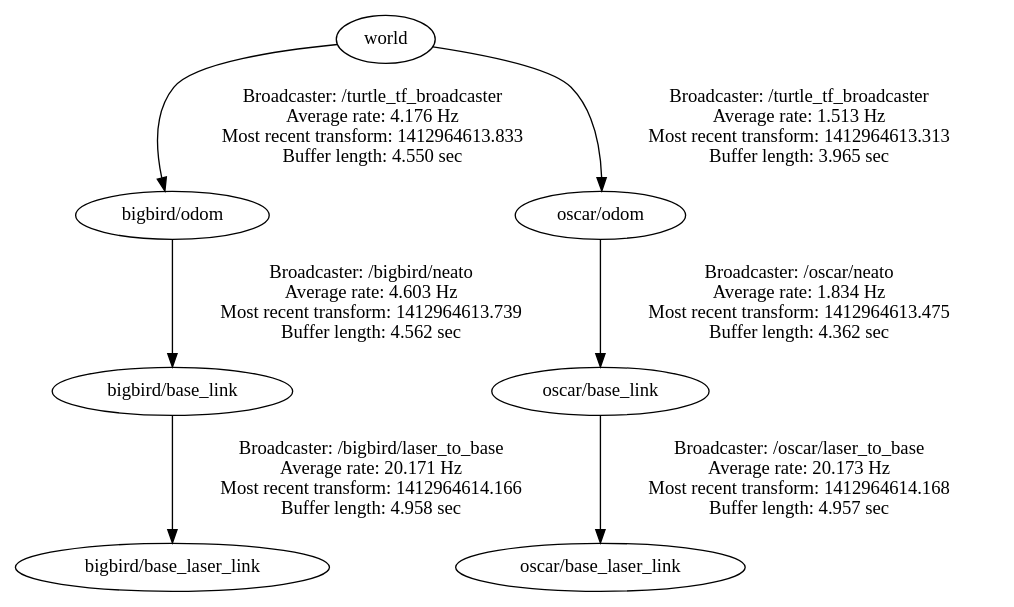
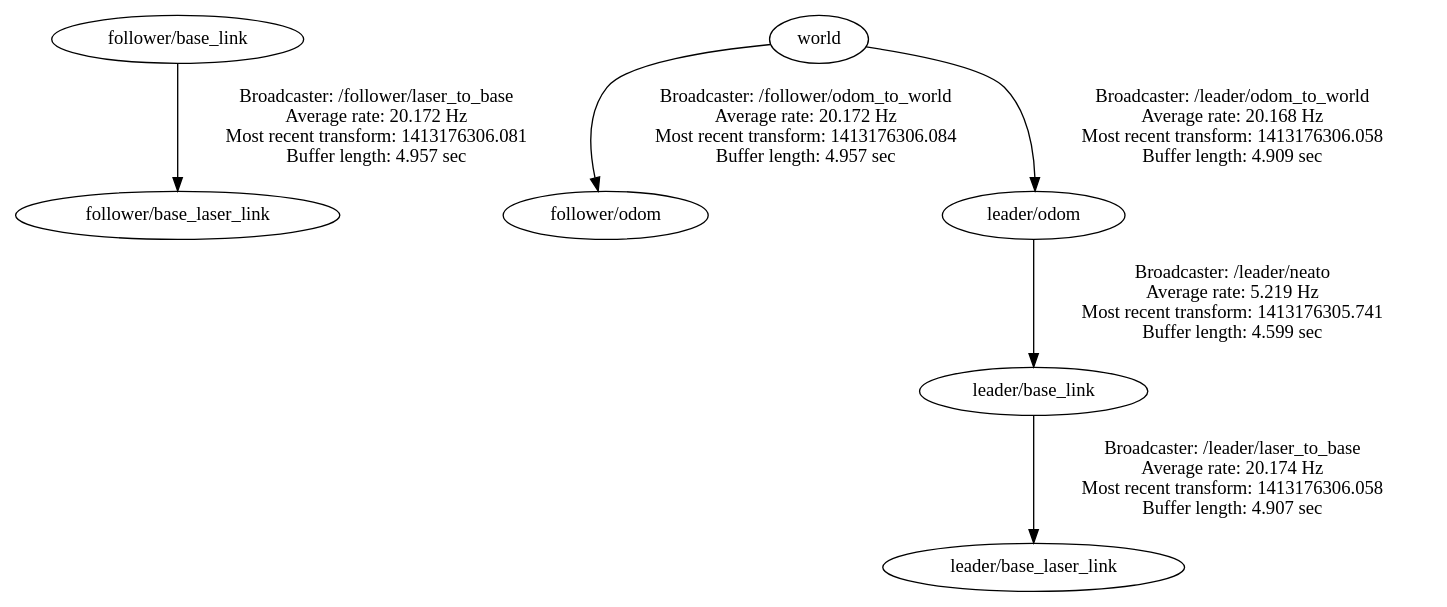
Before and after one commit to srli/NeatoHorde: the diagram in neato_horde/horde_node/launch/frames.gv, drawn with Graphviz. The commit also changed 6 other files, not shown here.

```diff
--- a/neato_horde/horde_node/launch/frames.gv
+++ b/neato_horde/horde_node/launch/frames.gv
@@ -1,8 +1,7 @@
 digraph G {
-"bigbird/base_link" -> "bigbird/base_laser_link"[label="Broadcaster: /bigbird/laser_to_base\nAverage rate: 20.171 Hz\nMost recent transform: 1412964614.166 \nBuffer length: 4.958 sec\n"];
-"bigbird/odom" -> "bigbird/base_link"[label="Broadcaster: /bigbird/neato\nAverage rate: 4.603 Hz\nMost recent transform: 1412964613.739 \nBuffer length: 4.562 sec\n"];
-"oscar/base_link" -> "oscar/base_laser_link"[label="Broadcaster: /oscar/laser_to_base\nAverage rate: 20.173 Hz\nMost recent transform: 1412964614.168 \nBuffer length: 4.957 sec\n"];
-"oscar/odom" -> "oscar/base_link"[label="Broadcaster: /oscar/neato\nAverage rate: 1.834 Hz\nMost recent transform: 1412964613.475 \nBuffer length: 4.362 sec\n"];
-"world" -> "bigbird/odom"[label="Broadcaster: /turtle_tf_broadcaster\nAverage rate: 4.176 Hz\nMost recent transform: 1412964613.833 \nBuffer length: 4.550 sec\n"];
-"world" -> "oscar/odom"[label="Broadcaster: /turtle_tf_broadcaster\nAverage rate: 1.513 Hz\nMost recent transform: 1412964613.313 \nBuffer length: 3.965 sec\n"];
+"follower/base_link" -> "follower/base_laser_link"[label="Broadcaster: /follower/laser_to_base\nAverage rate: 20.172 Hz\nMost recent transform: 1413176306.081 \nBuffer length: 4.957 sec\n"];
+"world" -> "follower/odom"[label="Broadcaster: /follower/odom_to_world\nAverage rate: 20.172 Hz\nMost recent transform: 1413176306.084 \nBuffer length: 4.957 sec\n"];
+"world" -> "leader/odom"[label="Broadcaster: /leader/odom_to_world\nAverage rate: 20.168 Hz\nMost recent transform: 1413176306.058 \nBuffer length: 4.909 sec\n"];
+"leader/base_link" -> "leader/base_laser_link"[label="Broadcaster: /leader/laser_to_base\nAverage rate: 20.174 Hz\nMost recent transform: 1413176306.058 \nBuffer length: 4.907 sec\n"];
+"leader/odom" -> "leader/base_link"[label="Broadcaster: /leader/neato\nAverage rate: 5.219 Hz\nMost recent transform: 1413176305.741 \nBuffer length: 4.599 sec\n"];
 }
```
